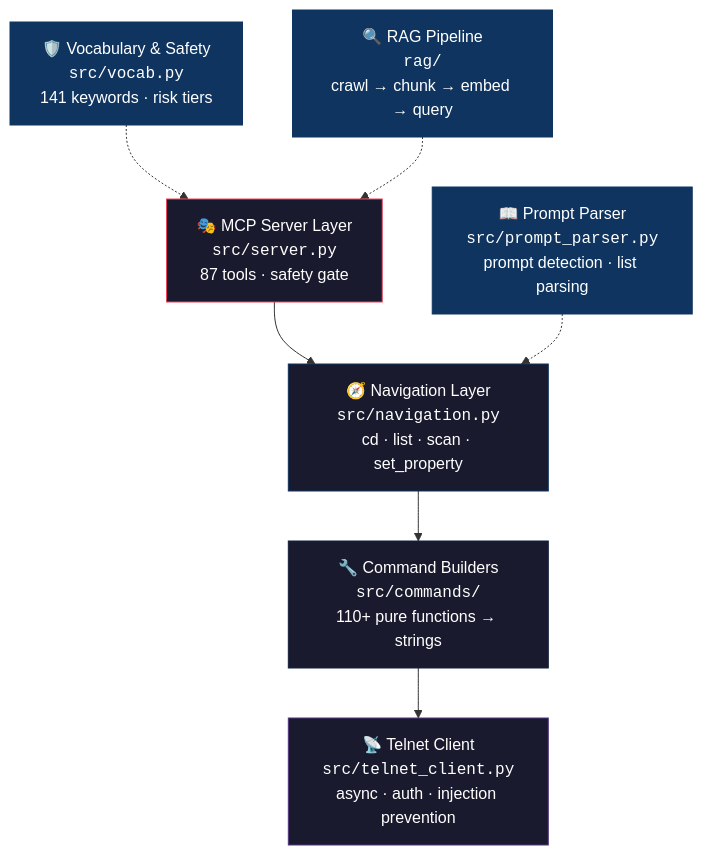
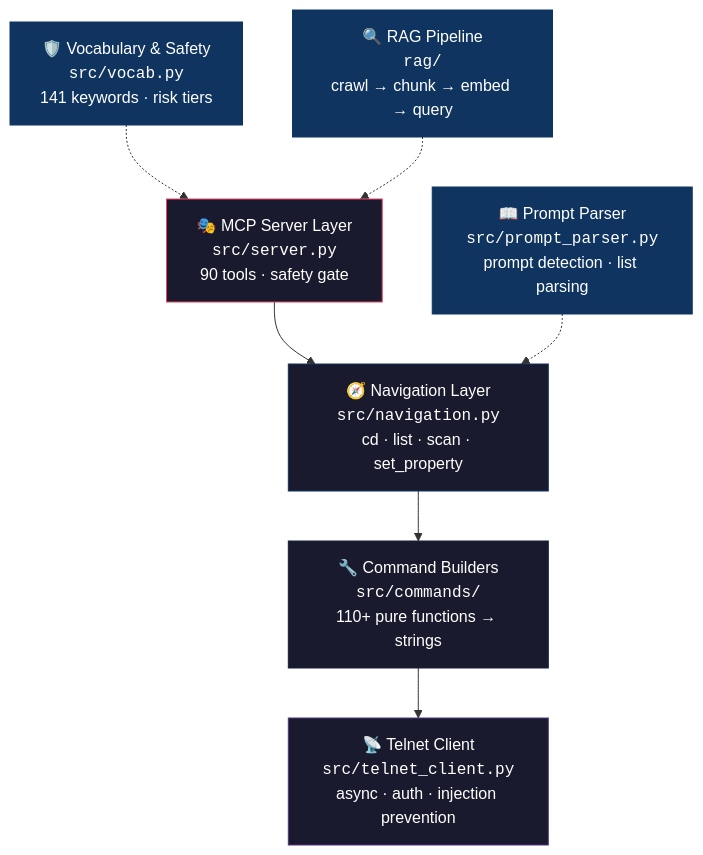
One commit to thisis-romar/ma2-onPC-MCP changed the first of 3 diagrams in README.md. Above: the diagram before and after it, drawn with Mermaid. The commit also changed other lines of this file and 3 other files, not shown here.

````diff
--- a/README.md
+++ b/README.md
@@ -55,19 +55,19 @@
 ```mermaid
 graph TD
-    A["🎭 MCP Server Layer<br/><code>src/server.py</code><br/>87 tools · safety gate"] --> B
+    A["🎭 MCP Server Layer<br/><code>src/server.py</code><br/>90 tools · safety gate"] --> B
     B["🧭 Navigation Layer<br/><code>src/navigation.py</code><br/>cd · list · scan · set_property"] --> C
     C["🔧 Command Builders<br/><code>src/commands/</code><br/>110+ pure functions → strings"] --> D
     D["📡 Telnet Client<br/><code>src/telnet_client.py</code><br/>async · auth · injection prevention"]
 
     E["📖 Prompt Parser<br/><code>src/prompt_parser.py</code><br/>prompt detection · list parsing"] -.-> B
     F["🛡️ Vocabulary & Safety<br/><code>src/vocab.py</code><br/>141 keywords · risk tiers"] -.-> A
     G["🔍 RAG Pipeline<br/><code>rag/</code><br/>crawl → chunk → embed → query"] -.-> A
 
     style A fill:#1a1a2e,stroke:#e94560,color:#fff
     style B fill:#1a1a2e,stroke:#0f3460,color:#fff
     style C fill:#1a1a2e,stroke:#16213e,color:#fff
     style D fill:#1a1a2e,stroke:#533483,color:#fff
     style E fill:#0f3460,stroke:#0f3460,color:#fff
     style F fill:#0f3460,stroke:#0f3460,color:#fff
     style G fill:#0f3460,stroke:#0f3460,color:#fff
 ```
````
